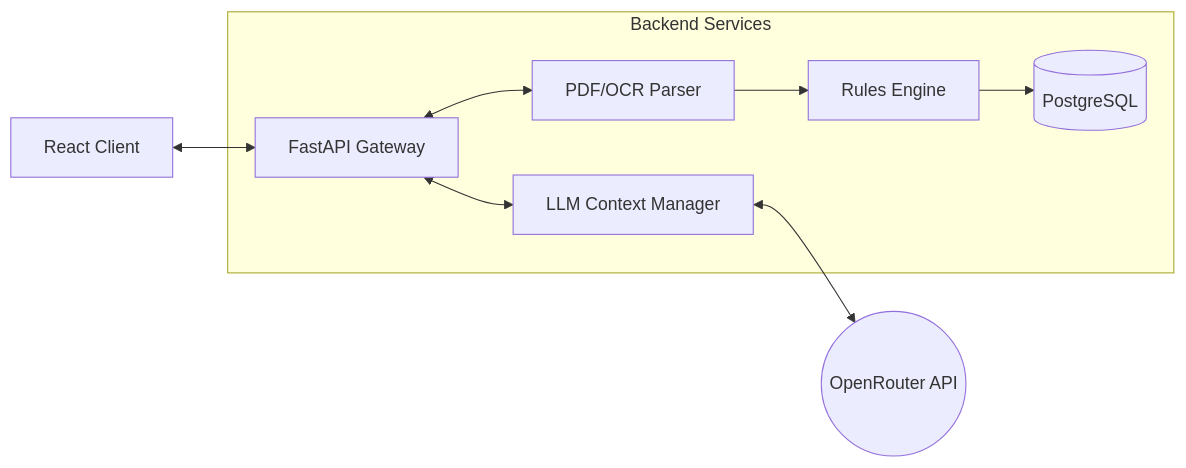
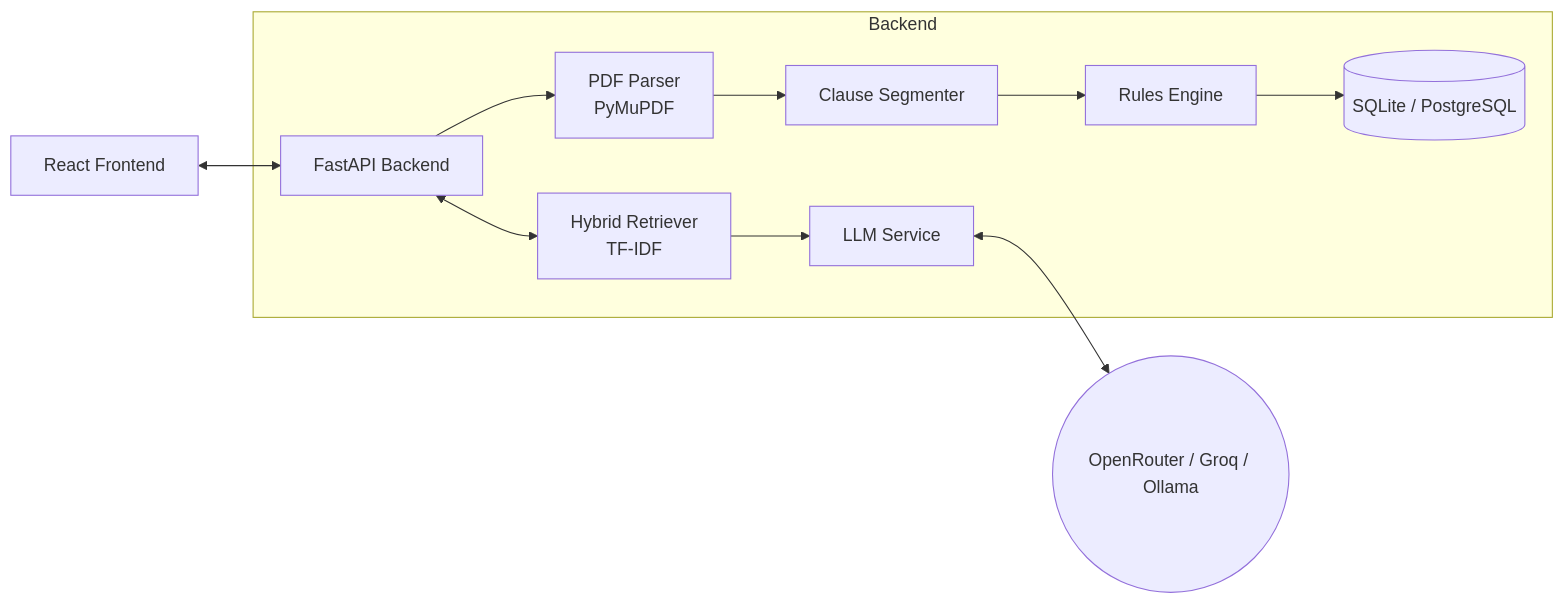
One commit to Aish-transitminds/legal-AI changed the diagram in README.md. Above: the diagram before and after it, drawn with Mermaid. The commit also changed other lines of this file, not shown here.

````diff
--- a/README.md
+++ b/README.md
@@ -34,13 +37,15 @@
 ```mermaid
 flowchart LR
-    Client[React Client] <--> API[FastAPI Gateway]
-    
-    subgraph Backend Services
-        API <--> Ingestion[PDF/OCR Parser]
-        Ingestion --> Rules[Rules Engine]
-        Rules --> DB[(PostgreSQL)]
-        API <--> LLM[LLM Context Manager]
+    Client[React Frontend] <--> API[FastAPI Backend]
+
+    subgraph Backend
+        API --> Ingestion[PDF Parser\nPyMuPDF]
+        Ingestion --> Segmenter[Clause Segmenter]
+        Segmenter --> Rules[Rules Engine]
+        Rules --> DB[(SQLite / PostgreSQL)]
+        API <--> Retriever[Hybrid Retriever\nTF-IDF]
+        Retriever --> LLM[LLM Service]
     end
-    
-    LLM <--> OpenRouter((OpenRouter API))
+
+    LLM <--> Provider((OpenRouter / Groq / Ollama))
 ```
````
